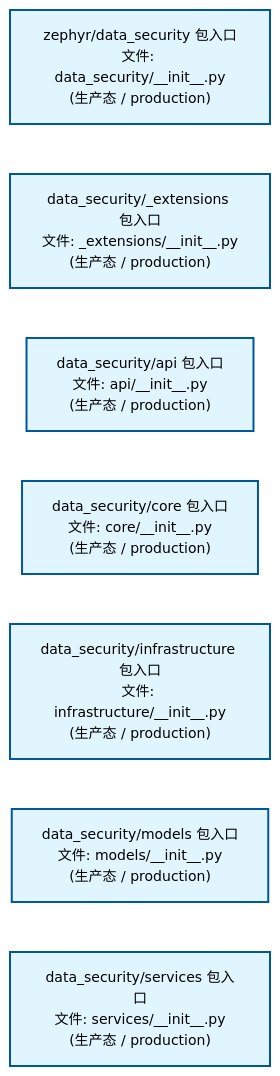
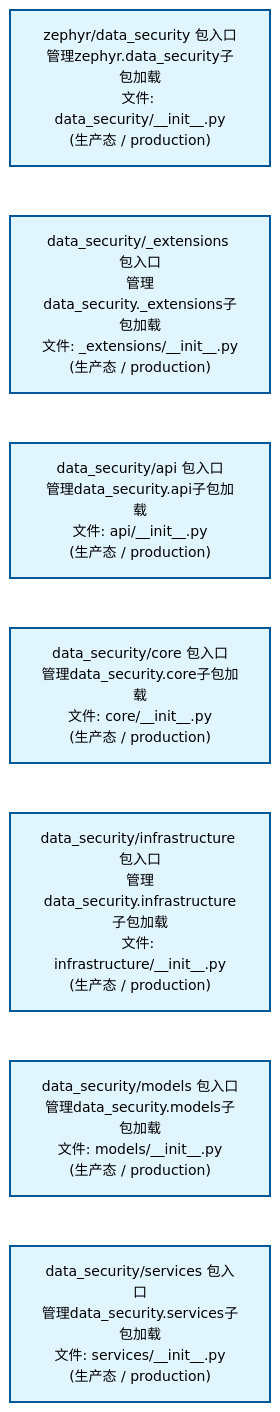
Before and after one commit to xuanFelixVan/ZephyrAlpha: the first of 2 diagrams in docs/02_enterprise_architecture/02_domain_architecture_docs/14_d_data_sec.md, drawn with Mermaid. The commit also changed other lines of this file and 61 other files, not shown here.

````diff
--- a/docs/02_enterprise_architecture/02_domain_architecture_docs/14_d_data_sec.md
+++ b/docs/02_enterprise_architecture/02_domain_architecture_docs/14_d_data_sec.md
@@ -53,22 +53,22 @@
 ```mermaid
 %%{init: {'theme': 'base', 'themeVariables': {'primaryColor': '#eaeaea', 'primaryTextColor': '#333333', 'primaryBorderColor': '#666666', 'lineColor': '#666666', 'secondaryColor': '#eaeaea', 'tertiaryColor': '#eaeaea', 'fontSize': '14px'}}}%%
 flowchart TD
-    src_zephyr_data_security_init_py["zephyr/data_security 包入口<br/>文件: data_security/__init__.py<br/>(生产态 / production)"]
-    src_zephyr_data_security_extensions_init_py["data_security/_extensions 包入口<br/>文件: _extensions/__init__.py<br/>(生产态 / production)"]
-    src_zephyr_data_security_api_init_py["data_security/api 包入口<br/>文件: api/__init__.py<br/>(生产态 / production)"]
-    src_zephyr_data_security_core_init_py["data_security/core 包入口<br/>文件: core/__init__.py<br/>(生产态 / production)"]
-    src_zephyr_data_security_infrastructure_init_py["data_security/infrastructure 包入口<br/>文件: infrastructure/__init__.py<br/>(生产态 / production)"]
-    src_zephyr_data_security_models_init_py["data_security/models 包入口<br/>文件: models/__init__.py<br/>(生产态 / production)"]
-    src_zephyr_data_security_services_init_py["data_security/services 包入口<br/>文件: services/__init__.py<br/>(生产态 / production)"]
+    src_zephyr_data_security_init_py["zephyr/data_security 包入口<br/>管理zephyr.data_security子包加载<br/>文件: data_security/__init__.py<br/>(生产态 / production)"]
+    src_zephyr_data_security_extensions_init_py["data_security/_extensions 包入口<br/>管理data_security._extensions子包加载<br/>文件: _extensions/__init__.py<br/>(生产态 / production)"]
+    src_zephyr_data_security_api_init_py["data_security/api 包入口<br/>管理data_security.api子包加载<br/>文件: api/__init__.py<br/>(生产态 / production)"]
+    src_zephyr_data_security_core_init_py["data_security/core 包入口<br/>管理data_security.core子包加载<br/>文件: core/__init__.py<br/>(生产态 / production)"]
+    src_zephyr_data_security_infrastructure_init_py["data_security/infrastructure 包入口<br/>管理data_security.infrastructure子包加载<br/>文件: infrastructure/__init__.py<br/>(生产态 / production)"]
+    src_zephyr_data_security_models_init_py["data_security/models 包入口<br/>管理data_security.models子包加载<br/>文件: models/__init__.py<br/>(生产态 / production)"]
+    src_zephyr_data_security_services_init_py["data_security/services 包入口<br/>管理data_security.services子包加载<br/>文件: services/__init__.py<br/>(生产态 / production)"]
     src_zephyr_data_security_init_py ~~~ src_zephyr_data_security_extensions_init_py
     src_zephyr_data_security_extensions_init_py ~~~ src_zephyr_data_security_api_init_py
     src_zephyr_data_security_api_init_py ~~~ src_zephyr_data_security_core_init_py
     src_zephyr_data_security_core_init_py ~~~ src_zephyr_data_security_infrastructure_init_py
     src_zephyr_data_security_infrastructure_init_py ~~~ src_zephyr_data_security_models_init_py
     src_zephyr_data_security_models_init_py ~~~ src_zephyr_data_security_services_init_py
     classDef production fill:#e1f5fe,stroke:#01579b,stroke-width:2px,color:#000
     classDef design fill:#fff3e0,stroke:#e65100,stroke-width:2px,color:#000,stroke-dasharray: 5 5
     classDef external_prod fill:#e8f4fd,stroke:#0277bd,stroke-width:1px,color:#000
     classDef external_design fill:#fff8e7,stroke:#ef6c00,stroke-width:1px,color:#000,stroke-dasharray: 5 5
     class src_zephyr_data_security_init_py,src_zephyr_data_security_extensions_init_py,src_zephyr_data_security_api_init_py,src_zephyr_data_security_core_init_py,src_zephyr_data_security_infrastructure_init_py,src_zephyr_data_security_models_init_py,src_zephyr_data_security_services_init_py production
 ```
````
